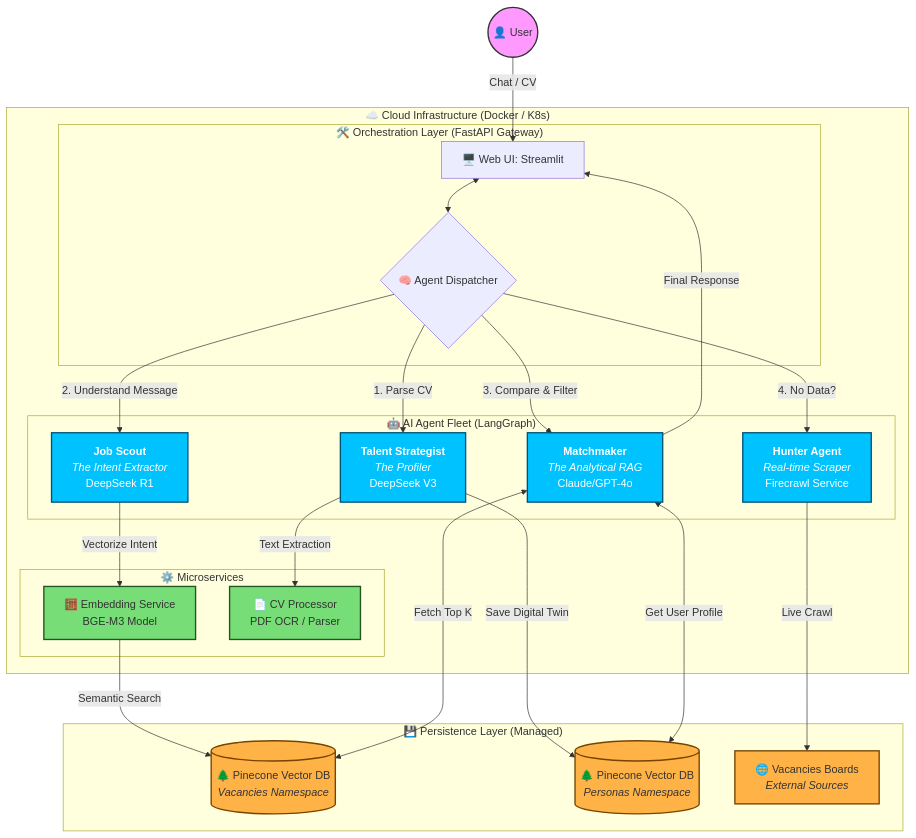
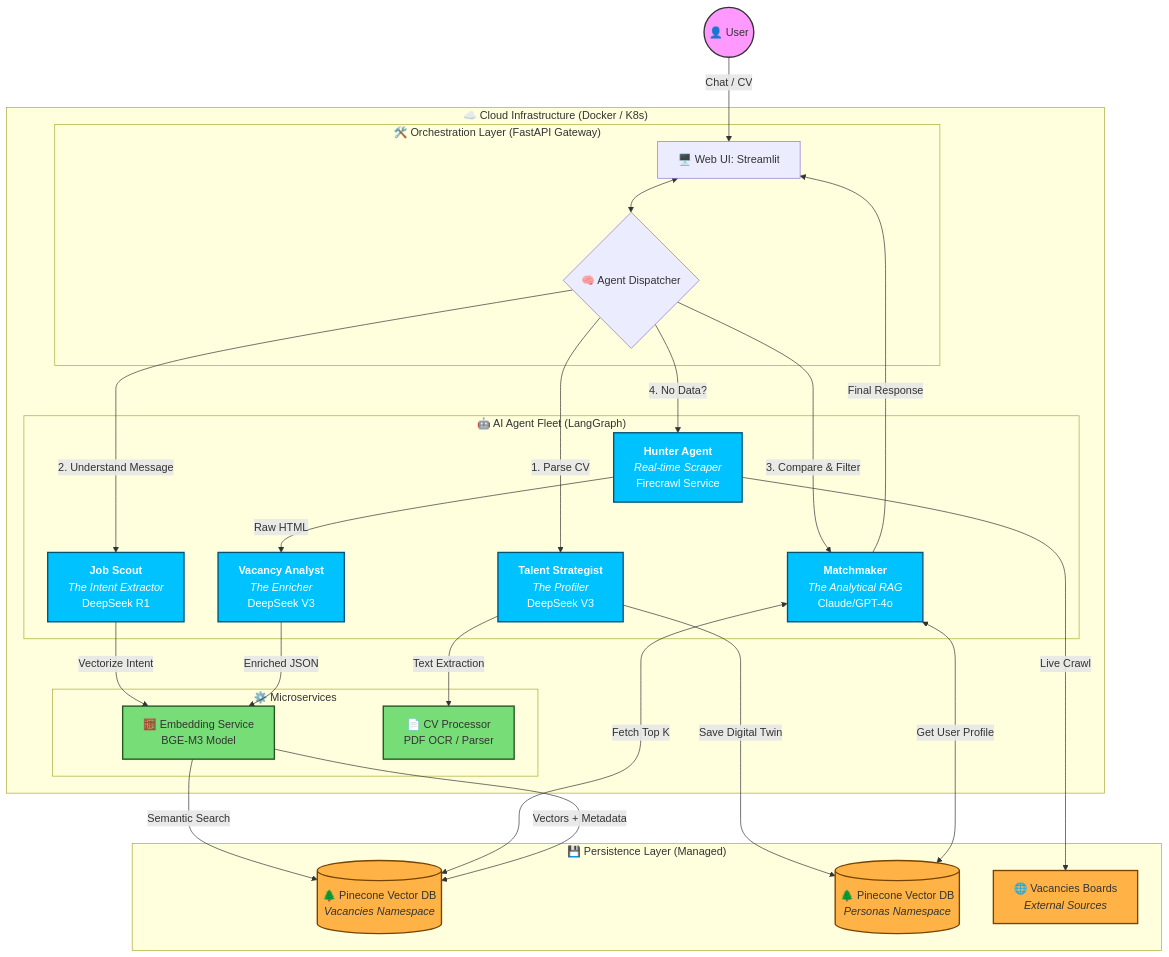
Before and after one commit to kkonst-bond-edu/funds-search: the first of 2 diagrams in README.md, drawn with Mermaid. The commit also changed other lines of this file and 11 other files, not shown here.

First line of the commit message:
feat: add vacancy analyst agent and update docs

````diff
--- a/README.md
+++ b/README.md
@@ -61,59 +61,63 @@
 ```mermaid
 graph TD
     %% Colors and Styles
     classDef user fill:#f9f,stroke:#333,stroke-width:2px;
     classDef agent fill:#00c2ff,stroke:#005577,stroke-width:2px,color:#fff;
     classDef service fill:#77dd77,stroke:#225522,stroke-width:2px;
     classDef database fill:#ffb347,stroke:#774400,stroke-width:2px;
     classDef infrastructure fill:#e1e1e1,stroke:#666,stroke-width:2px,stroke-dasharray: 5 5;
 
     %% Client Side
     USER((👤 User)):::user -->|Chat / CV| UI[🖥️ Web UI: Streamlit]
 
     subgraph "☁️ Cloud Infrastructure (Docker / K8s)"
         
         subgraph "🛠️ Orchestration Layer (FastAPI Gateway)"
             UI <--> HUB{🧠 Agent Dispatcher}
         end
 
         %% Specialized Agents
         subgraph "🤖 AI Agent Fleet (LangGraph)"
             TS[<b>Talent Strategist</b><br/><i>The Profiler</i><br/>DeepSeek V3]:::agent
             JS[<b>Job Scout</b><br/><i>The Intent Extractor</i><br/>DeepSeek R1]:::agent
             MM[<b>Matchmaker</b><br/><i>The Analytical RAG</i><br/>Claude/GPT-4o]:::agent
             HA[<b>Hunter Agent</b><br/><i>Real-time Scraper</i><br/>Firecrawl Service]:::agent
+            VA[<b>Vacancy Analyst</b><br/><i>The Enricher</i><br/>DeepSeek V3]:::agent
         end
 
         %% Internal Services
         subgraph "⚙️ Microservices"
             EMB[🧮 Embedding Service<br/>BGE-M3 Model]:::service
             CV[📄 CV Processor<br/>PDF OCR / Parser]:::service
         end
     end
 
     %% Data Storage
     subgraph "💾 Persistence Layer (Managed)"
         PC[(🌲 Pinecone Vector DB<br/><i>Vacancies Namespace</i>)]:::database
         PC2[(🌲 Pinecone Vector DB<br/><i>Personas Namespace</i>)]:::database
         EXT[🌐 Vacancies Boards<br/><i>External Sources</i>]:::database
     end
 
     %% Connections
     HUB -->|1. Parse CV| TS
     TS -->|Text Extraction| CV
     TS -->|Save Digital Twin| PC2
 
     HUB -->|2. Understand Message| JS
     JS -->|Vectorize Intent| EMB
     EMB -->|Semantic Search| PC
 
     HUB -->|3. Compare & Filter| MM
     MM <-->|Fetch Top K| PC
     MM <-->|Get User Profile| PC2
 
     HUB -->|4. No Data?| HA
     HA -->|Live Crawl| EXT
+    HA -->|Raw HTML| VA
+    VA -->|Enriched JSON| EMB
+    EMB -->|Vectors + Metadata| PC
 
     %% Feedback loop
     MM -->|Final Response| UI
 ```
````
